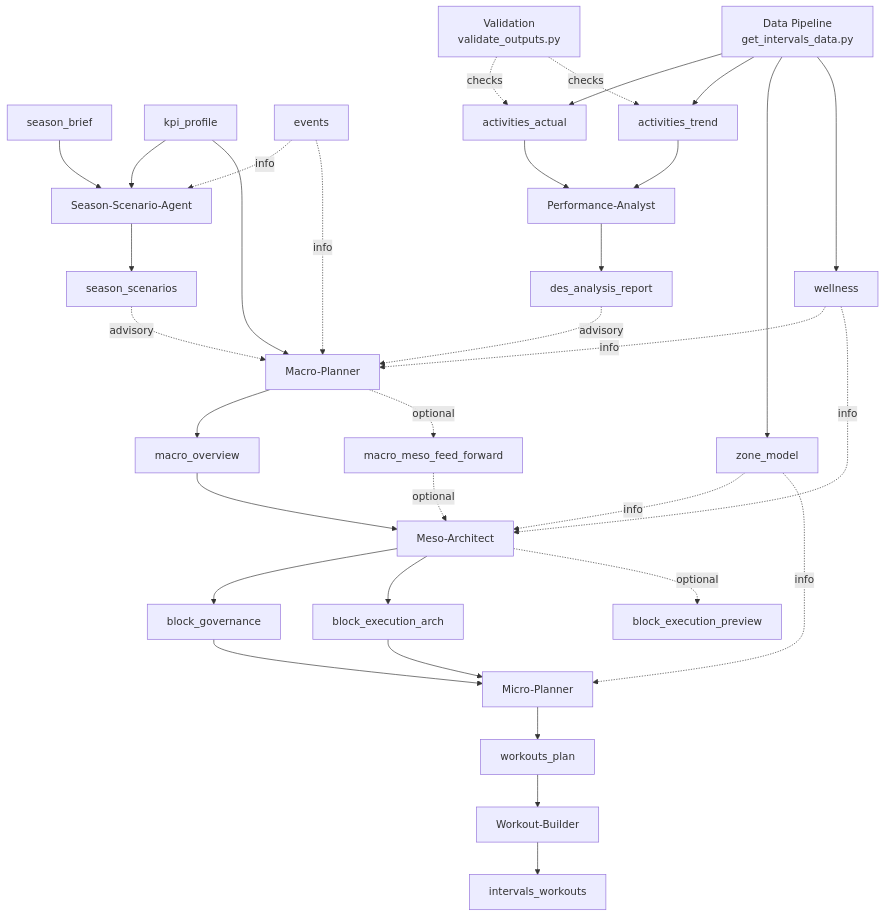
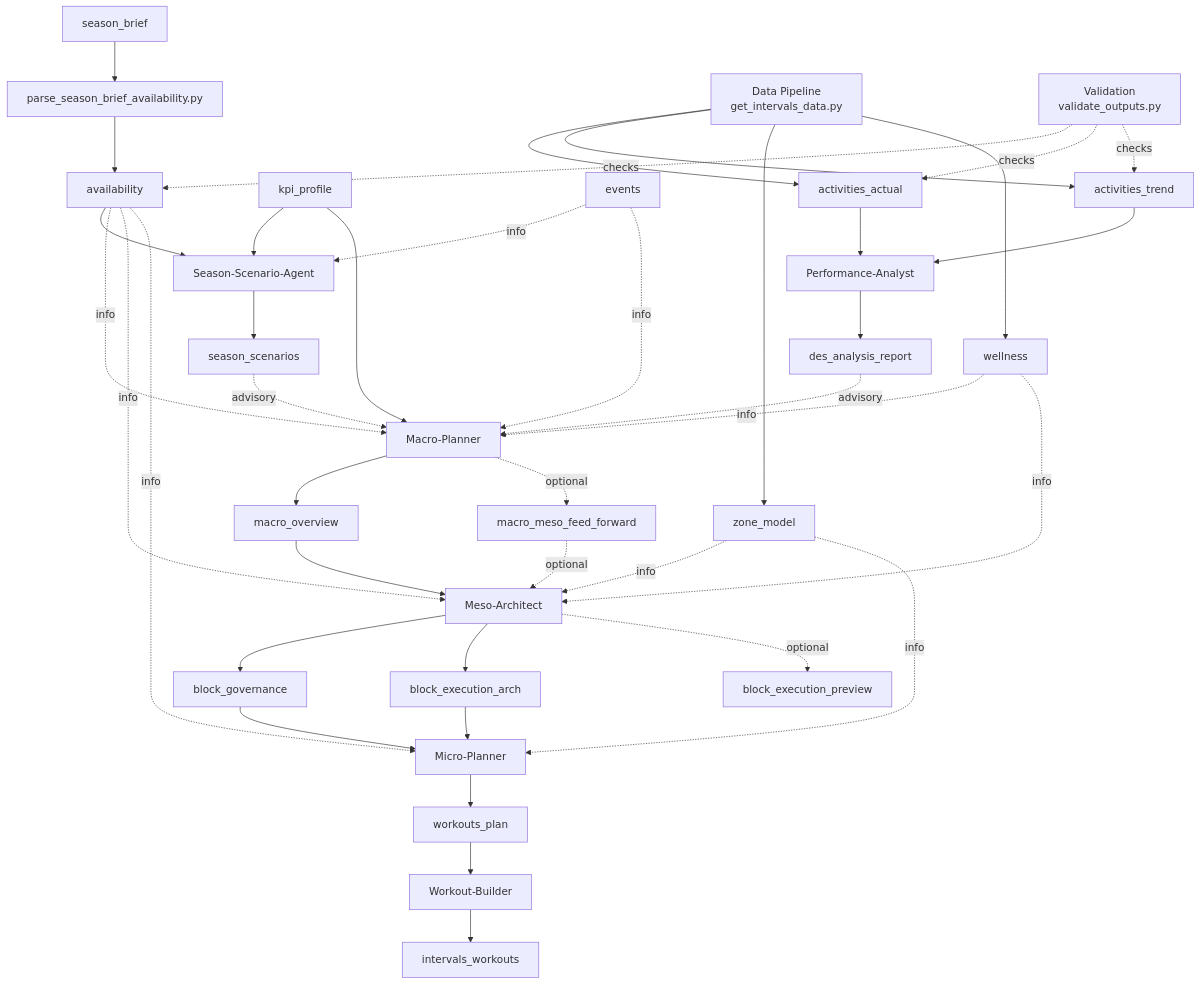
The diagram in doc/planners.md (albauer-priv/RPS), drawn with Mermaid before and after one commit. The commit also changed other lines of this file and 42 other files, not shown here.

````diff
--- a/doc/planners.md
+++ b/doc/planners.md
@@ -24,39 +31,45 @@
 ```mermaid
 flowchart TD
-  SB[season_brief] --> SS[Season-Scenario-Agent]
+  SB[season_brief] --> AVP[parse_season_brief_availability.py]
+  AVP --> AV[availability]
+  AV --> SS[Season-Scenario-Agent]
   KP[kpi_profile] --> SS
   SS --> SC[season_scenarios]
   SC -. advisory .-> MA[Macro-Planner]
   EV[events] -. info .-> SS
   EV -. info .-> MA
+  AV -. info .-> MA
   KP --> MA
   MA --> MO[macro_overview]
   MA -. optional .-> MMFF[macro_meso_feed_forward]
 
   MO --> ME[Meso-Architect]
   MMFF -. optional .-> ME
+  AV -. info .-> ME
   ME --> BG[block_governance]
   ME --> BEA[block_execution_arch]
   ME -. optional .-> BEP[block_execution_preview]
 
   BG --> MI[Micro-Planner]
   BEA --> MI
+  AV -. info .-> MI
   MI --> WP[workouts_plan]
   WP --> WB[Workout-Builder]
   WB --> WJ[intervals_workouts]
 
   DP[Data Pipeline\nget_intervals_data.py] --> AA[activities_actual]
   DP --> AT[activities_trend]
   DP --> ZM[zone_model]
   DP --> WL[wellness]
-  VA[Validation\nvalidate_outputs.py] -. checks .-> AA
+  VA[Validation\nvalidate_outputs.py] -. checks .-> AV
+  VA -. checks .-> AA
   VA -. checks .-> AT
   AA --> PA[Performance-Analyst]
   AT --> PA
   ZM -. info .-> ME
   ZM -. info .-> MI
   WL -. info .-> MA
   WL -. info .-> ME
   PA --> DR[des_analysis_report]
   DR -. advisory .-> MA
 ```
````
